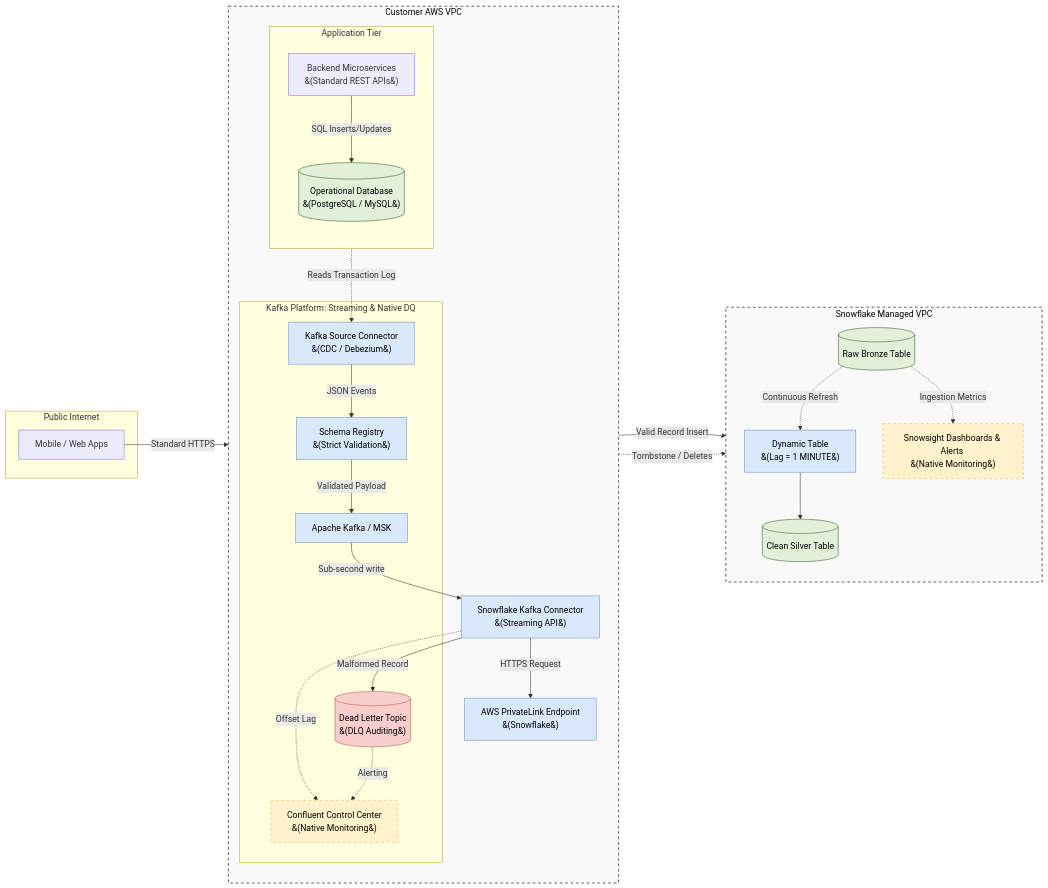
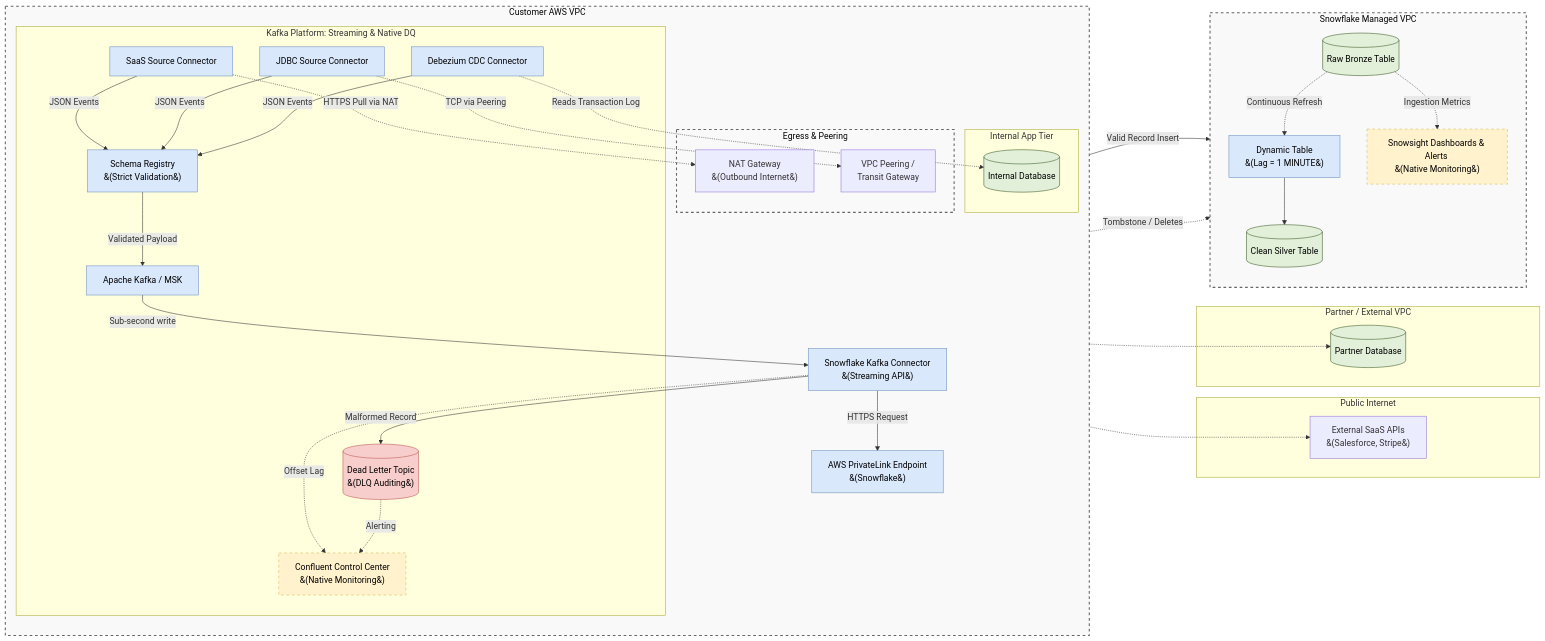
The diagram in snowflake/realtime_streaming_architecture_document.md (toanbui626391/data_architect), drawn with Mermaid before and after one commit. The commit also changed other lines of this file, not shown here.

````diff
--- a/snowflake/realtime_streaming_architecture_document.md
+++ b/snowflake/realtime_streaming_architecture_document.md
@@ -24,20 +24,30 @@
 ```mermaid
 flowchart LR
     subgraph PublicInternet [Public Internet]
-        App["Mobile / Web Apps"]
+        SaaS["External SaaS APIs <br>&#40;Salesforce, Stripe&#41;"]
+    end
+    
+    subgraph PartnerVPC [Partner / External VPC]
+        PartnerDB[("Partner Database")]
     end
 
     subgraph CustomerVPC [Customer AWS VPC]
         direction TB
         
-        subgraph AppTier [Application Tier]
-            direction TB
-            Microservices["Backend Microservices <br>&#40;Standard REST APIs&#41;"]
-            SourceDB[("Operational Database <br>&#40;PostgreSQL / MySQL&#41;")]
+        subgraph AppTier [Internal App Tier]
+            InternalDB[("Internal Database")]
+        end
+        
+        subgraph NetworkEgress [Egress & Peering]
+            NATGW["NAT Gateway <br>&#40;Outbound Internet&#41;"]
+            TG["VPC Peering / <br>Transit Gateway"]
         end
         
         subgraph MessageBus [Kafka Platform: Streaming & Native DQ]
-            SourceConn["Kafka Source Connector <br>&#40;CDC / Debezium&#41;"]
+            SaaSConn["SaaS Source Connector"]
+            PartnerConn["JDBC Source Connector"]
+            CDCConn["Debezium CDC Connector"]
+            
             Registry["Schema Registry <br>&#40;Strict Validation&#41;"]
             Kafka["Apache Kafka / MSK"]
             DLT[("Dead Letter Topic <br>&#40;DLQ Auditing&#41;")]
@@ -55,11 +65,20 @@
         Snowsight["Snowsight Dashboards & Alerts <br>&#40;Native Monitoring&#41;"]
     end
 
-    App -->|Standard HTTPS| Microservices
-    Microservices -->|SQL Inserts/Updates| SourceDB
-    SourceDB -.->|Reads Transaction Log| SourceConn
+    %% Network Routes to Kafka Connect
+    SaaSConn -.->|HTTPS Pull via NAT| NATGW
+    NATGW -.-> SaaS
     
-    SourceConn -->|JSON Events| Registry
+    PartnerConn -.->|TCP via Peering| TG
+    TG -.-> PartnerDB
+    
+    CDCConn -.->|Reads Transaction Log| InternalDB
+    
+    %% Kafka Internal Flow
+    SaaSConn -->|JSON Events| Registry
+    PartnerConn -->|JSON Events| Registry
+    CDCConn -->|JSON Events| Registry
+    
     Registry -->|Validated Payload| Kafka
     
     Kafka -->|Sub-second write| Connector
@@ -85,9 +104,9 @@
     classDef monitor fill:#fff2cc,stroke:#d6b656,stroke-width:1px,color:#000,stroke-dasharray: 5 5;
     classDef network fill:#f9f9f9,stroke:#666,stroke-width:2px,color:#000,stroke-dasharray: 5 5;
     
-    class Table,Silver,SourceDB storage;
+    class Table,Silver,InternalDB,PartnerDB storage;
     class DLT bad;
-    class Connector,DT,Registry,Kafka,VPCE,SourceConn process;
+    class Connector,DT,Registry,Kafka,VPCE,SaaSConn,PartnerConn,CDCConn process;
     class C3,Snowsight monitor;
-    class CustomerVPC,Snowflake network;
+    class CustomerVPC,Snowflake,NetworkEgress network;
 ```
````
